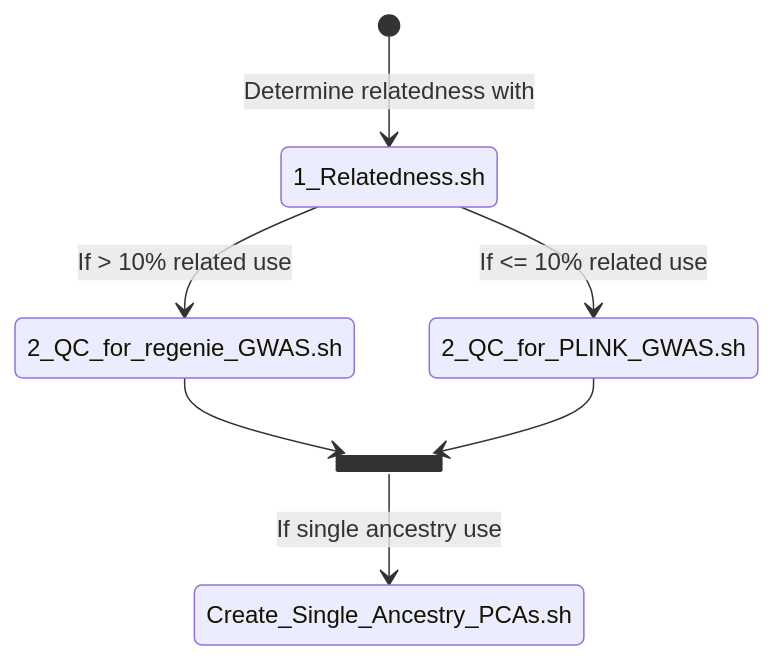
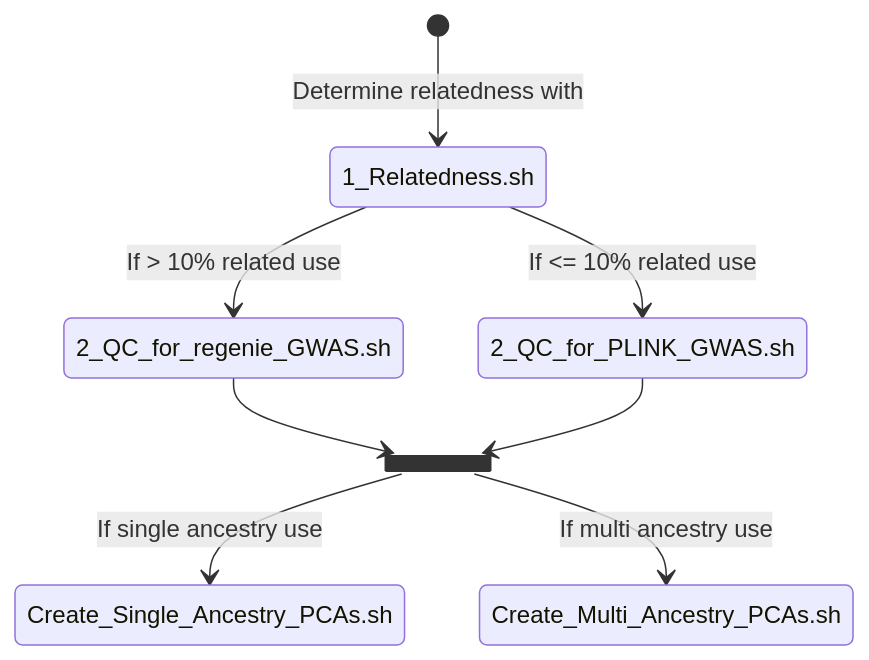
Before and after one commit to psychiatric-genomics-consortium/sex-stratified-depression: the diagram in README.md, drawn with Mermaid. The commit also changed other lines of this file, not shown here.

````diff
--- a/README.md
+++ b/README.md
@@ -14,11 +14,11 @@
 ```mermaid
 stateDiagram-v2
  state anc <<join>>
  [*] --> 1_Relatedness.sh : Determine relatedness with
  1_Relatedness.sh --> 2_QC_for_regenie_GWAS.sh : If > 10% related use
  1_Relatedness.sh --> 2_QC_for_PLINK_GWAS.sh : If <= 10% related use
  2_QC_for_regenie_GWAS.sh --> anc
  2_QC_for_PLINK_GWAS.sh --> anc
  anc --> Create_Single_Ancestry_PCAs.sh : If single ancestry use
-
+ anc --> Create_Multi_Ancestry_PCAs.sh : If multi ancestry use
 ```
````
